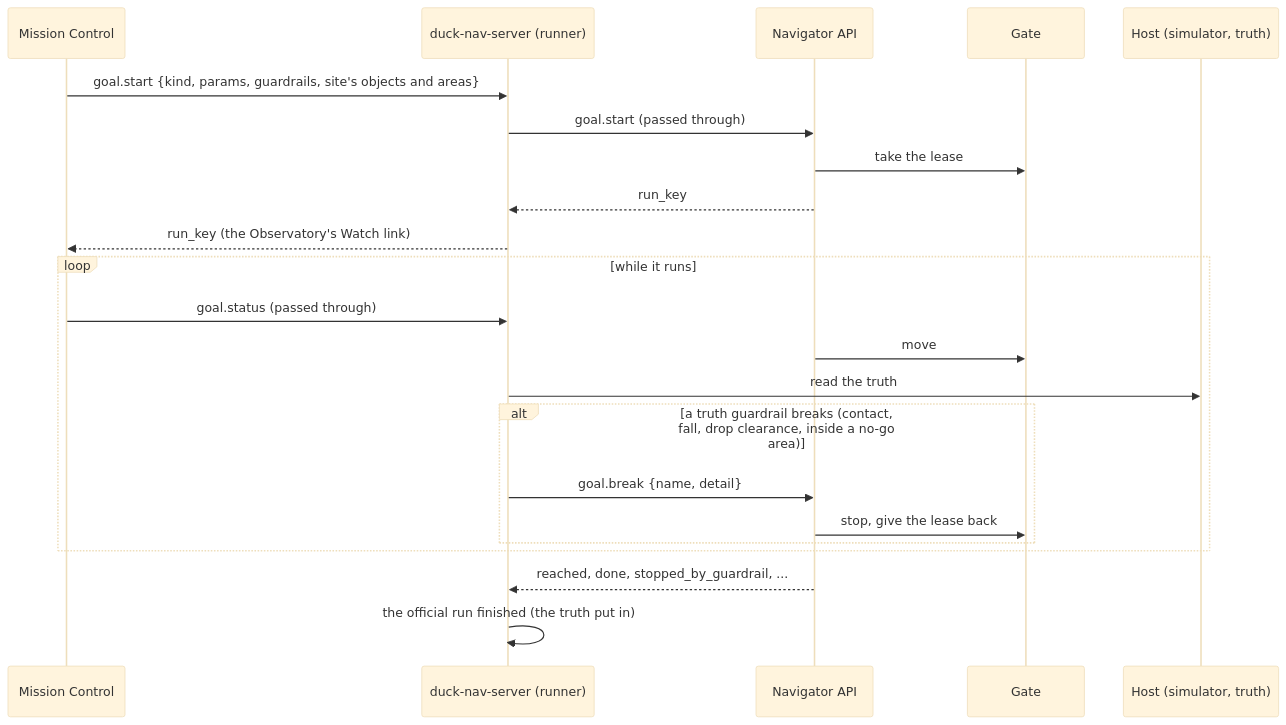
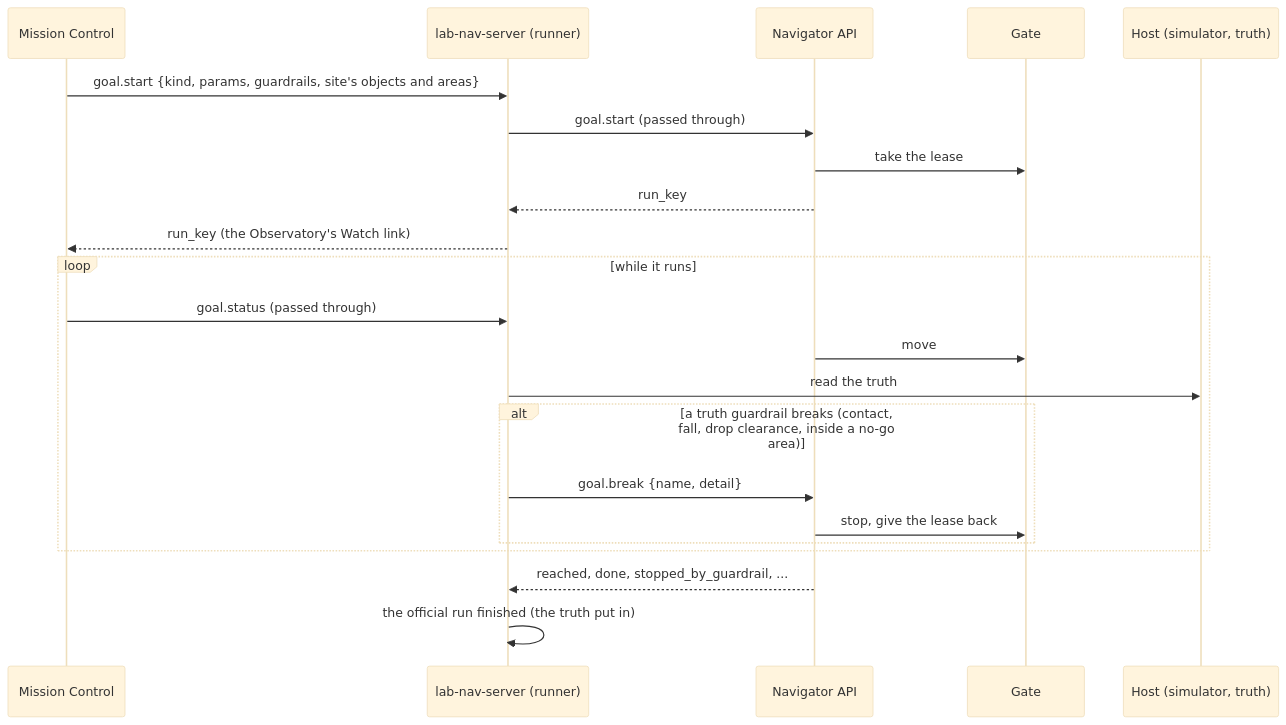
The third of 3 diagrams in docs/architecture.md (chipi/robotics-lab), drawn with Mermaid (base theme) before and after one commit. The commit also changed other lines of this file and 73 other files, not shown here.

First line of the commit message:
RFC-0022: the runner moves out of the duck's package into libs/runner (labrunner), lab-* commands, a robot found by name

````diff
--- a/docs/architecture.md
+++ b/docs/architecture.md
@@ -112,24 +115,24 @@
 ```mermaid
 sequenceDiagram
   participant MC as Mission Control
-  participant R as duck-nav-server (runner)
+  participant R as lab-nav-server (runner)
   participant N as Navigator API
   participant G as Gate
   participant H as Host (simulator, truth)
   MC->>R: goal.start {kind, params, guardrails, site's objects and areas}
   R->>N: goal.start (passed through)
   N->>G: take the lease
   N-->>R: run_key
   R-->>MC: run_key (the Observatory's Watch link)
   loop while it runs
     MC->>R: goal.status (passed through)
     N->>G: move
     R->>H: read the truth
     alt a truth guardrail breaks (contact, fall, drop clearance, inside a no-go area)
       R->>N: goal.break {name, detail}
       N->>G: stop, give the lease back
     end
   end
   N-->>R: reached, done, stopped_by_guardrail, ...
   R->>R: the official run finished (the truth put in)
 ```
````
